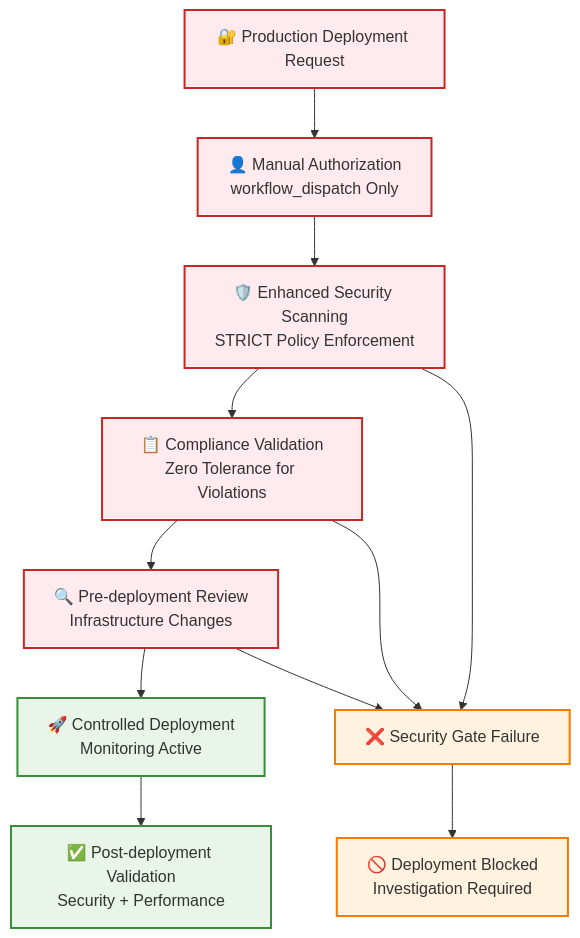
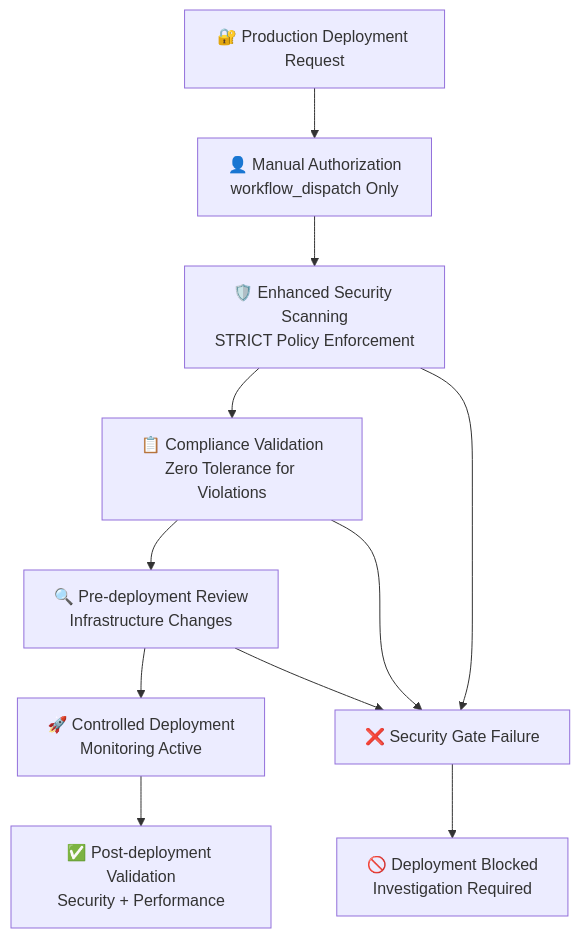
The fifth of 6 diagrams in docs/deployment.md (Celtikill/static-site), drawn with Mermaid before and after one commit. The commit also changed other lines of this file and 5 other files, not shown here.

````diff
--- a/docs/deployment.md
+++ b/docs/deployment.md
@@ -309,22 +287,16 @@
 ```mermaid
 graph TD
     A["🔐 Production Deployment Request"] --> B["👤 Manual Authorization<br/>workflow_dispatch Only"]
     B --> C["🛡️ Enhanced Security Scanning<br/>STRICT Policy Enforcement"]
     C --> D["📋 Compliance Validation<br/>Zero Tolerance for Violations"]
     D --> E["🔍 Pre-deployment Review<br/>Infrastructure Changes"]
     E --> F["🚀 Controlled Deployment<br/>Monitoring Active"]
     F --> G["✅ Post-deployment Validation<br/>Security + Performance"]
 
     H["❌ Security Gate Failure"] --> I["🚫 Deployment Blocked<br/>Investigation Required"]
     C --> H
     D --> H
     E --> H
 
-    classDef securityStyle fill:#ffebee,stroke:#c62828,stroke-width:2px
-    classDef approvalStyle fill:#fff3e0,stroke:#f57c00,stroke-width:2px
-    classDef successStyle fill:#e8f5e8,stroke:#388e3c,stroke-width:2px
 
-    class A,B,C,D,E securityStyle
-    class F,G successStyle
-    class H,I approvalStyle
 ```
````
